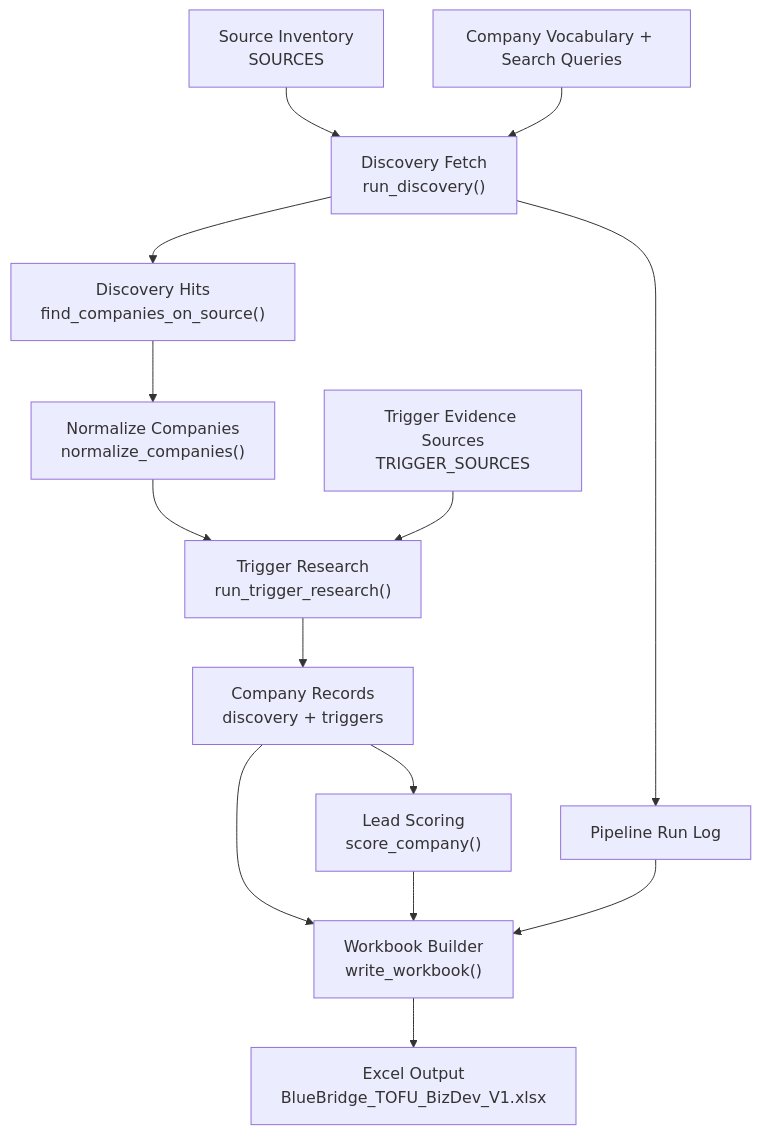
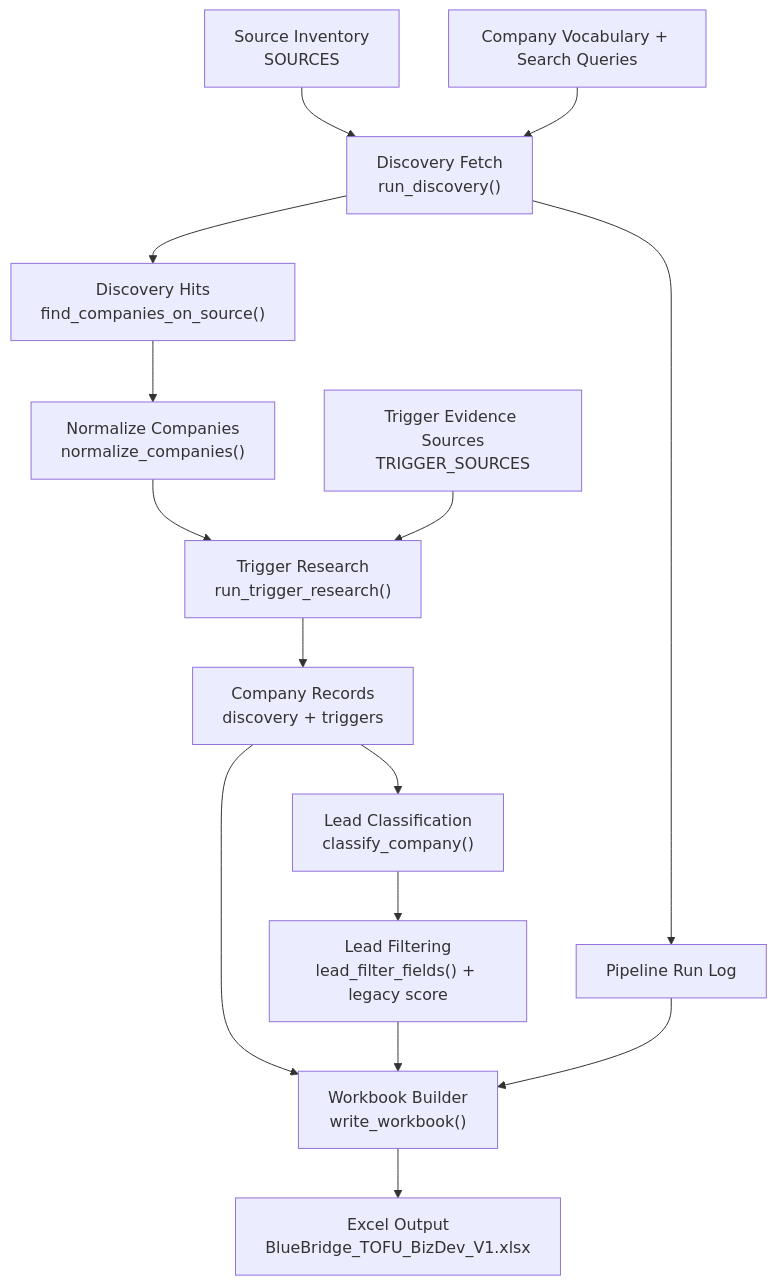
Before and after one commit to caffreit/BBT_bizdev: the diagram in PIPELINE_EXPLAINER.md, drawn with Mermaid. The commit also changed other lines of this file and 13 other files, not shown here.

Commit message:
Add lead classification and accelerator metadata

````diff
--- a/PIPELINE_EXPLAINER.md
+++ b/PIPELINE_EXPLAINER.md
@@ -5,16 +5,17 @@
 ```mermaid
 flowchart TD
     A["Source Inventory<br/>SOURCES"] --> B["Discovery Fetch<br/>run_discovery()"]
     C["Company Vocabulary + Search Queries"] --> B
     B --> D["Discovery Hits<br/>find_companies_on_source()"]
     B --> E["Pipeline Run Log"]
     D --> F["Normalize Companies<br/>normalize_companies()"]
     F --> G["Trigger Research<br/>run_trigger_research()"]
     H["Trigger Evidence Sources<br/>TRIGGER_SOURCES"] --> G
     G --> I["Company Records<br/>discovery + triggers"]
-    I --> J["Lead Scoring<br/>score_company()"]
+    I --> J["Lead Classification<br/>classify_company()"]
+    J --> M["Lead Filtering<br/>lead_filter_fields() + legacy score"]
     I --> K["Workbook Builder<br/>write_workbook()"]
-    J --> K
+    M --> K
     E --> K
     K --> L["Excel Output<br/>BlueBridge_TOFU_BizDev_V1.xlsx"]
 ```
````
